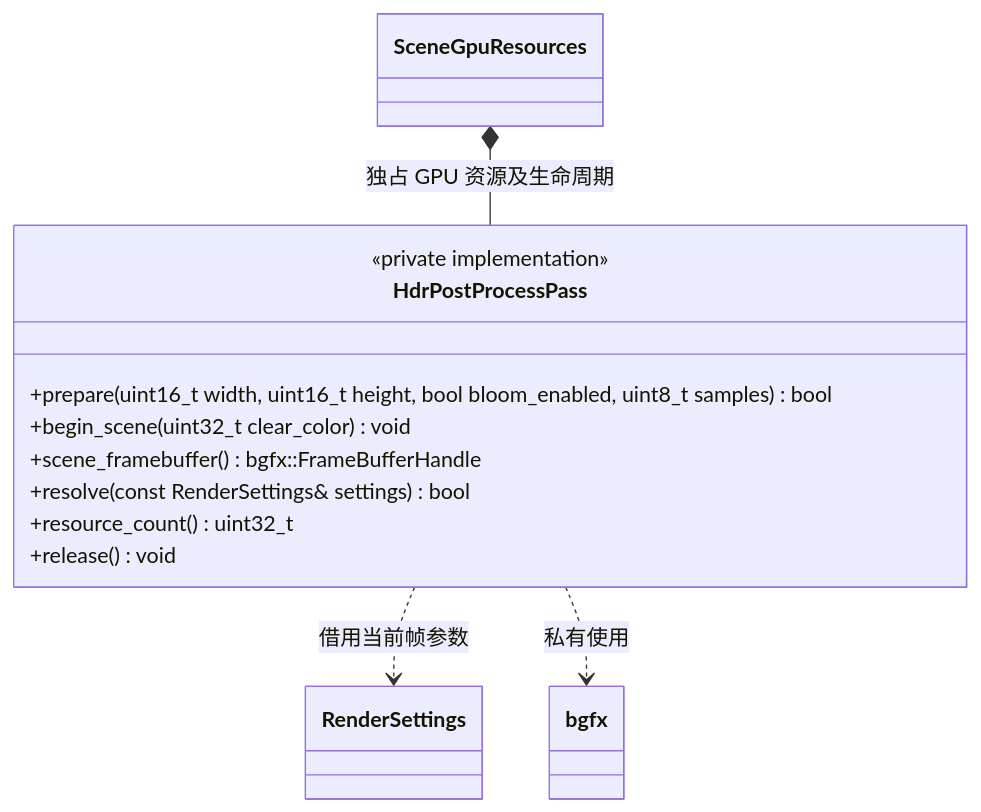
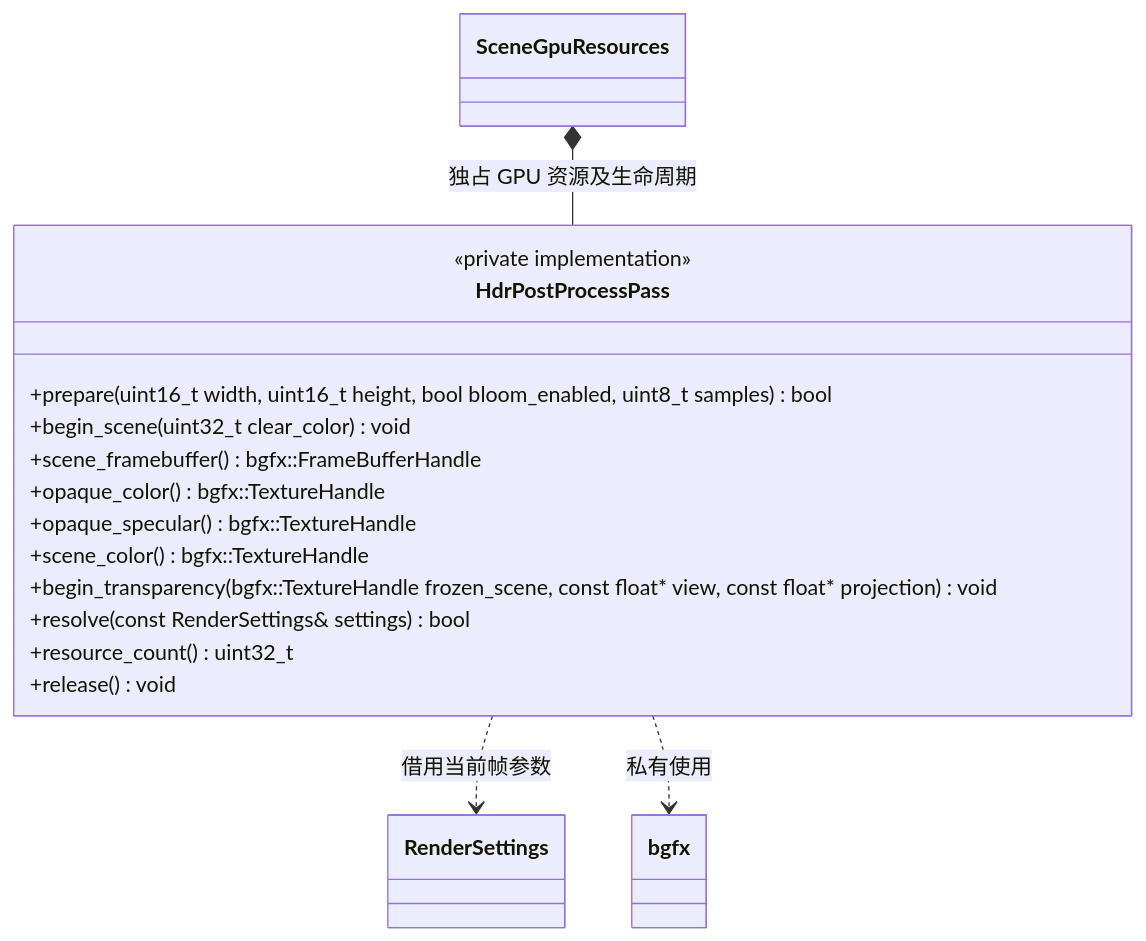
Before and after one commit to lcals/Engine: the eighth of 8 diagrams in docs/runtime/class-diagrams/render-system.md, drawn with Mermaid. The commit also changed other lines of this file and 222 other files, not shown here.

Commit message:
Consolidate editor asset imports and align architecture documentation

````diff
--- a/docs/runtime/class-diagrams/render-system.md
+++ b/docs/runtime/class-diagrams/render-system.md
@@ -550,18 +553,22 @@
 ```mermaid
 classDiagram
     class SceneGpuResources
     class HdrPostProcessPass {
         <<private implementation>>
         +prepare(uint16_t width, uint16_t height, bool bloom_enabled, uint8_t samples) bool
         +begin_scene(uint32_t clear_color) void
         +scene_framebuffer() bgfx::FrameBufferHandle
+        +opaque_color() bgfx::TextureHandle
+        +opaque_specular() bgfx::TextureHandle
+        +scene_color() bgfx::TextureHandle
+        +begin_transparency(bgfx::TextureHandle frozen_scene, const float* view, const float* projection) void
         +resolve(const RenderSettings& settings) bool
         +resource_count() uint32_t
         +release() void
     }
     class RenderSettings
     class bgfx
     SceneGpuResources *-- HdrPostProcessPass : 独占 GPU 资源及生命周期
     HdrPostProcessPass ..> RenderSettings : 借用当前帧参数
     HdrPostProcessPass ..> bgfx : 私有使用
 ```
````
